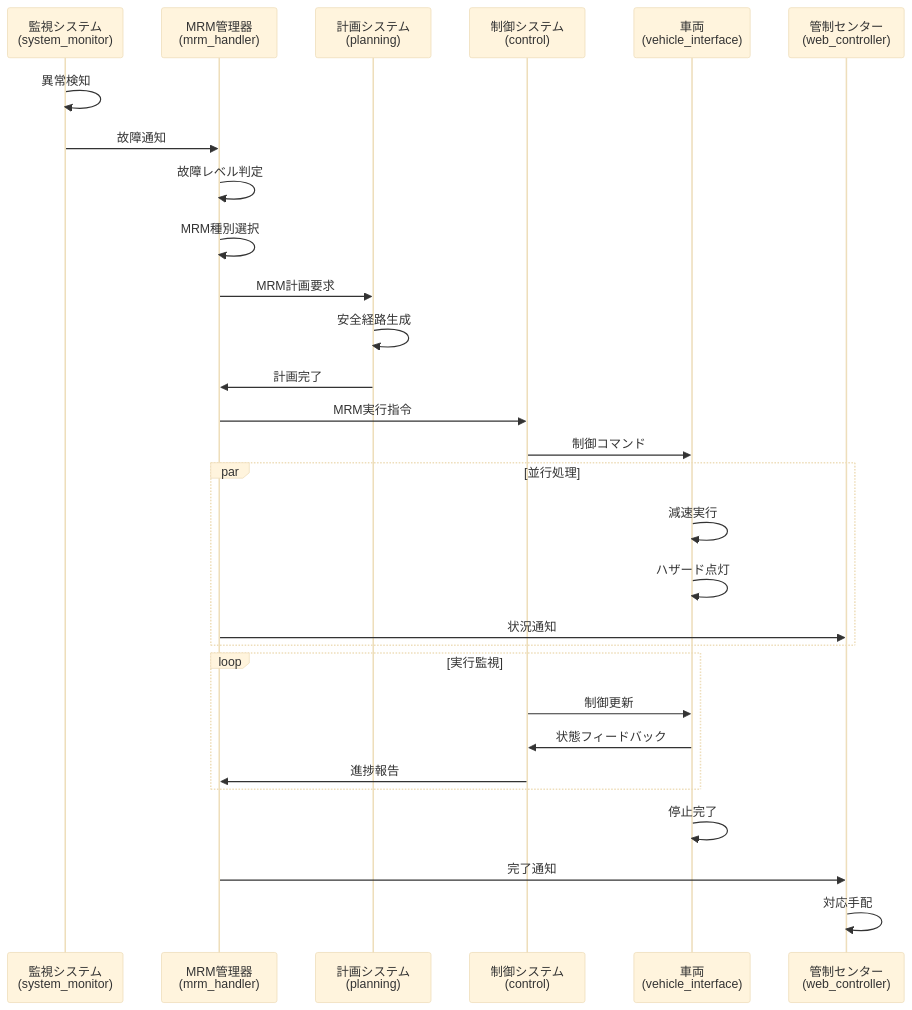
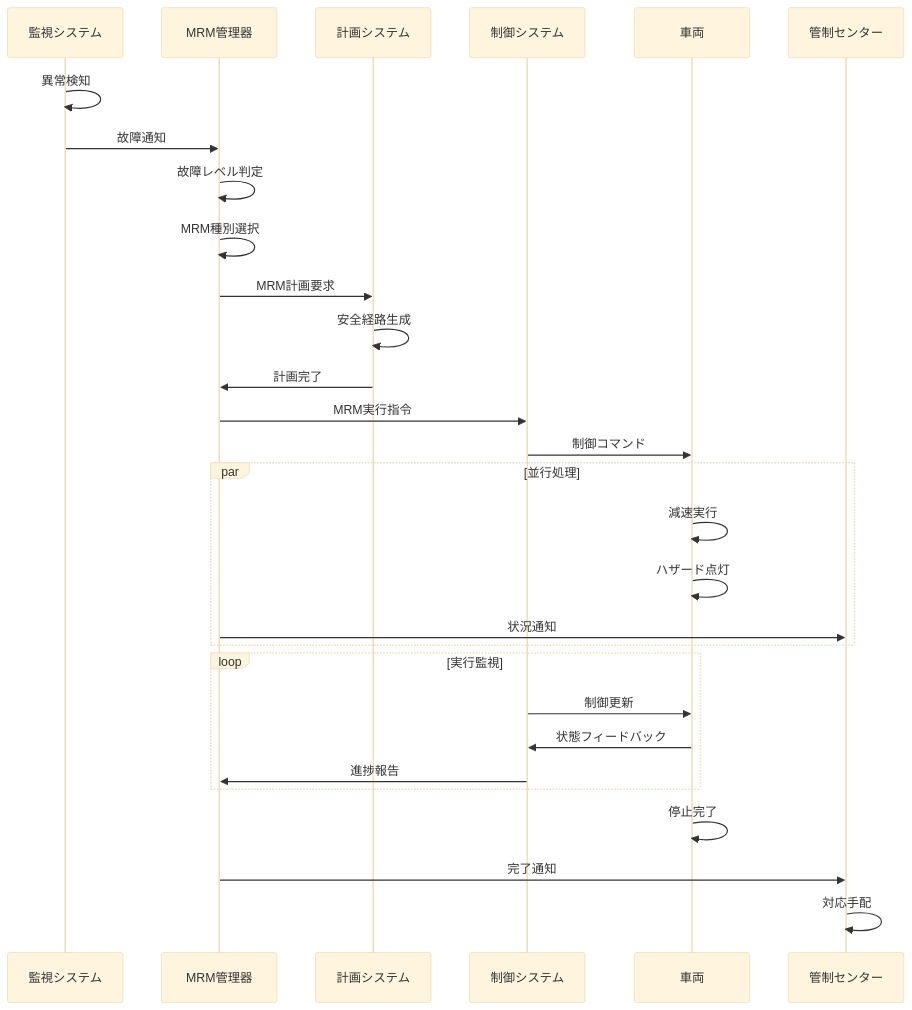
The ninth of 16 diagrams in autoware_mrm_detailed_documentation.md (youtalk/autoware), drawn with Mermaid (base theme) before and after one commit. The commit also changed other lines of this file, not shown here.

````diff
--- a/autoware_mrm_detailed_documentation.md
+++ b/autoware_mrm_detailed_documentation.md
@@ -335,37 +433,37 @@
 ```mermaid
 sequenceDiagram
-    participant MON as 監視システム<br/>(system_monitor)
-    participant MRM as MRM管理器<br/>(mrm_handler)
-    participant PLAN as 計画システム<br/>(planning)
-    participant CTRL as 制御システム<br/>(control)
-    participant VEH as 車両<br/>(vehicle_interface)
-    participant CENTER as 管制センター<br/>(web_controller)
+    participant MON as 監視システム
+    participant MRM as MRM管理器
+    participant PLAN as 計画システム
+    participant CTRL as 制御システム
+    participant VEH as 車両
+    participant CENTER as 管制センター
     
     MON->>MON: 異常検知
     MON->>MRM: 故障通知
     MRM->>MRM: 故障レベル判定
     MRM->>MRM: MRM種別選択
     
     MRM->>PLAN: MRM計画要求
     PLAN->>PLAN: 安全経路生成
     PLAN->>MRM: 計画完了
     
     MRM->>CTRL: MRM実行指令
     CTRL->>VEH: 制御コマンド
     
     par 並行処理
         VEH->>VEH: 減速実行
         VEH->>VEH: ハザード点灯
         MRM->>CENTER: 状況通知
     end
     
     loop 実行監視
         CTRL->>VEH: 制御更新
         VEH->>CTRL: 状態フィードバック
         CTRL->>MRM: 進捗報告
     end
     
     VEH->>VEH: 停止完了
     MRM->>CENTER: 完了通知
     CENTER->>CENTER: 対応手配
 ```
````
